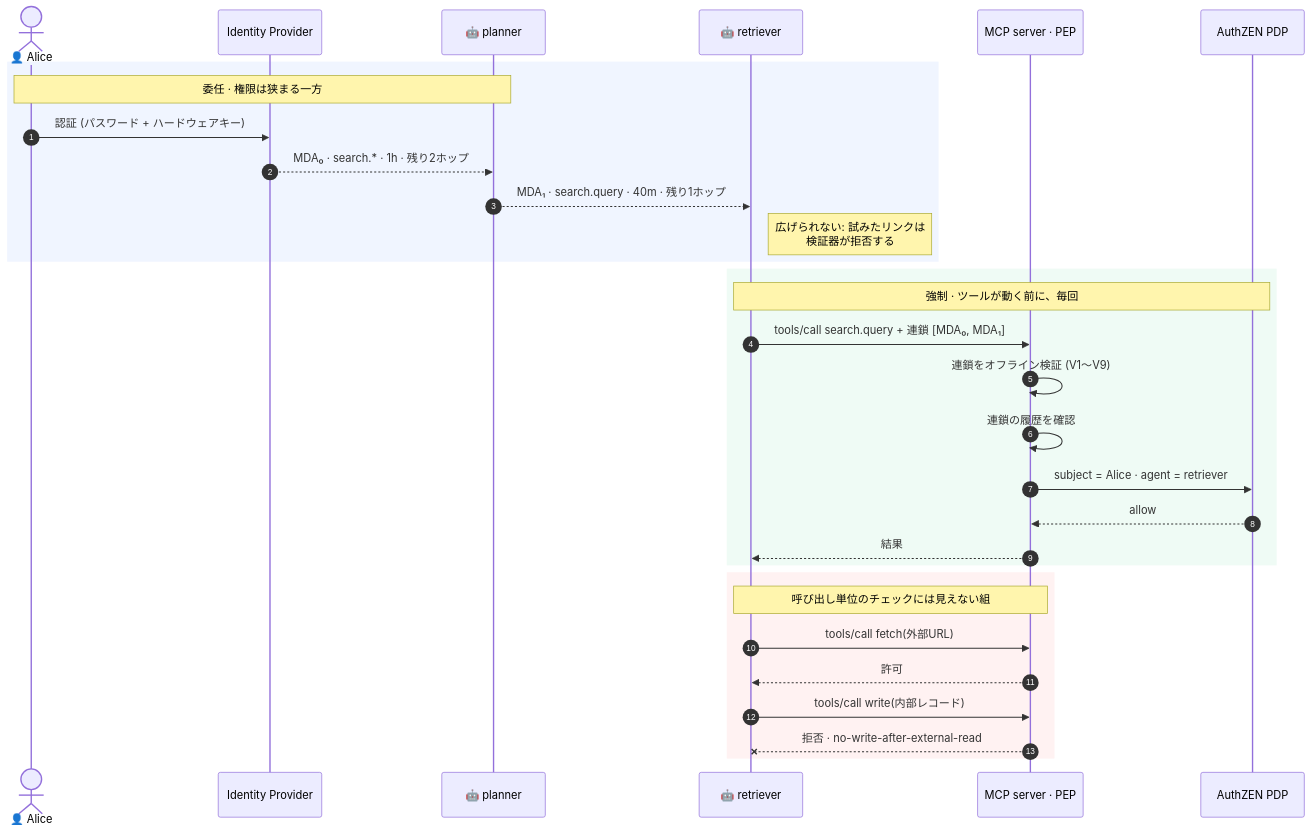
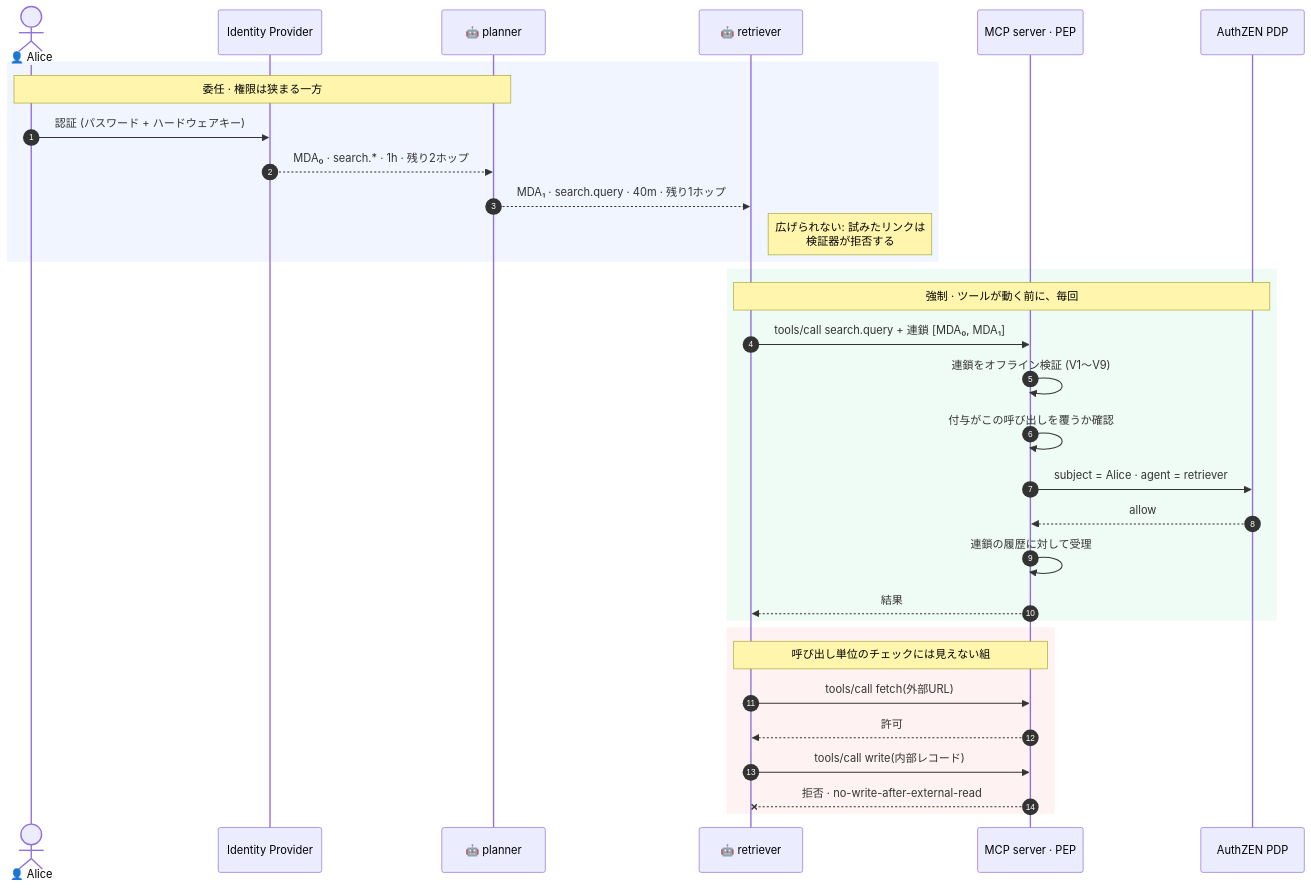
The diagram in README.ja.md (kanywst/mandatum), drawn with Mermaid before and after one commit. The commit also changed other lines of this file and 12 other files, not shown here.

````diff
--- a/README.ja.md
+++ b/README.ja.md
@@ -31,36 +31,37 @@
 ```mermaid
 sequenceDiagram
     autonumber
     actor Human as 👤 Alice
     participant IdP as Identity Provider
     participant A as 🤖 planner
     participant B as 🤖 retriever
     participant PEP as MCP server · PEP
     participant PDP as AuthZEN PDP
 
     rect rgba(130,170,255,0.12)
     Note over Human,A: 委任 · 権限は狭まる一方
     Human->>IdP: 認証 (パスワード + ハードウェアキー)
     IdP-->>A: MDA₀ · search.* · 1h · 残り2ホップ
     A-->>B: MDA₁ · search.query · 40m · 残り1ホップ
     Note right of B: 広げられない: 試みたリンクは<br/>検証器が拒否する
     end
 
     rect rgba(120,220,170,0.12)
     Note over B,PDP: 強制 · ツールが動く前に、毎回
     B->>PEP: tools/call search.query + 連鎖 [MDA₀, MDA₁]
     PEP->>PEP: 連鎖をオフライン検証 (V1〜V9)
-    PEP->>PEP: 連鎖の履歴を確認
+    PEP->>PEP: 付与がこの呼び出しを覆うか確認
     PEP->>PDP: subject = Alice · agent = retriever
     PDP-->>PEP: allow
+    PEP->>PEP: 連鎖の履歴に対して受理
     PEP-->>B: 結果
     end
 
     rect rgba(255,150,150,0.12)
     Note over B,PEP: 呼び出し単位のチェックには見えない組
     B->>PEP: tools/call fetch(外部URL)
     PEP-->>B: 許可
     B->>PEP: tools/call write(内部レコード)
     PEP--xB: 拒否 · no-write-after-external-read
     end
 ```
````
